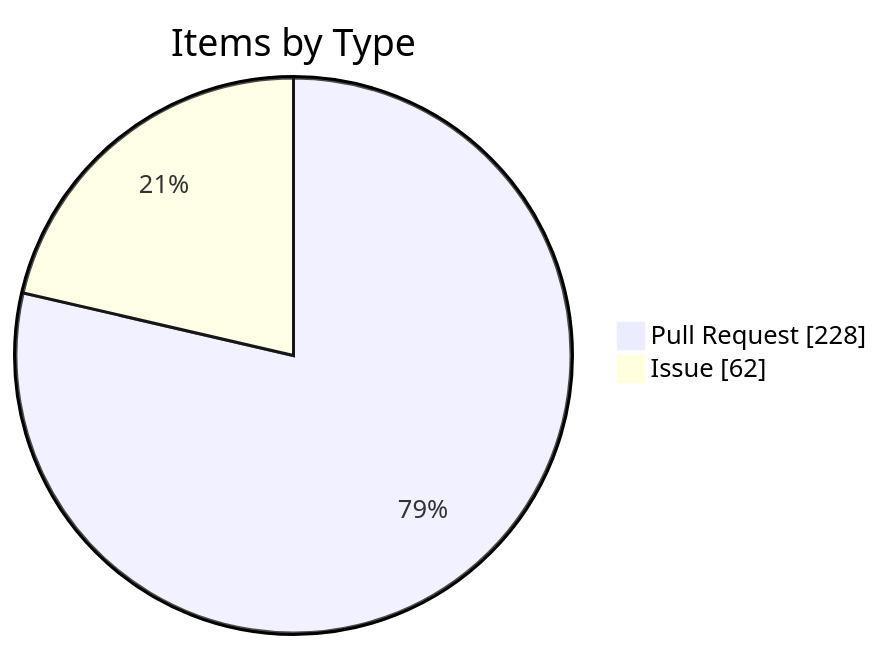
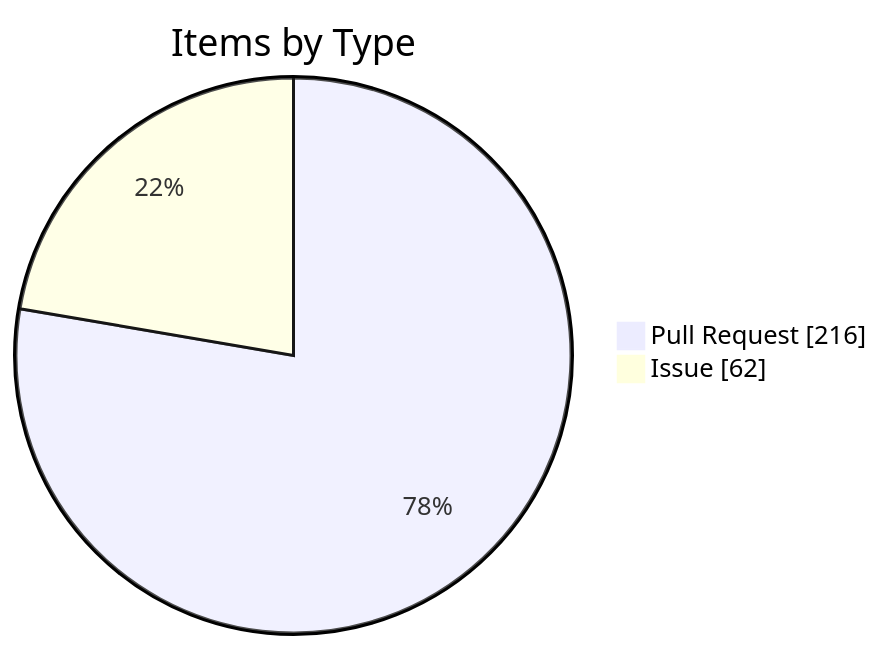
Before and after one commit to KBVE/kbve: the fourth of 4 diagrams in apps/kbve/astro-kbve/src/content/docs/dashboard/kanban-data.mdx, drawn with Mermaid. The commit also changed other lines of this file and 7 other files, not shown here.

````diff
--- a/apps/kbve/astro-kbve/src/content/docs/dashboard/kanban-data.mdx
+++ b/apps/kbve/astro-kbve/src/content/docs/dashboard/kanban-data.mdx
@@ -116,6 +116,6 @@
 ```mermaid
 pie showData
     title Items by Type
-    "Pull Request" : 228
+    "Pull Request" : 216
     "Issue" : 62
 ```
````
